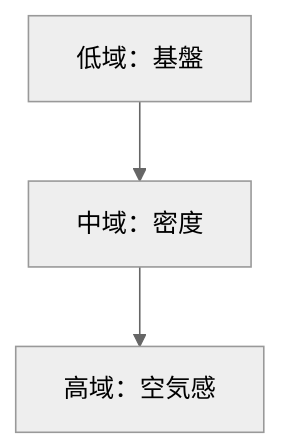
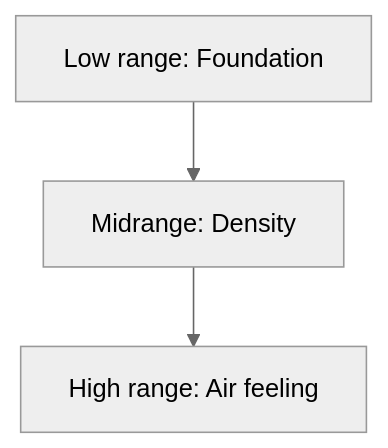
One commit to monumental-movement/monumental-movement.github.io changed the second of 4 diagrams in en/_posts/2025-12-18-column-ambient-drone-textural-drone.md. Above: the diagram before and after it, drawn with Mermaid (neutral theme). The commit also changed other lines of this file and 801 other files, not shown here.

```diff
--- a/en/_posts/2025-12-18-column-ambient-drone-textural-drone.md
+++ b/en/_posts/2025-12-18-column-ambient-drone-textural-drone.md
@@ -115,5 +115,5 @@
 <div class="mermaid">
 flowchart TB
-    L["低域：基盤"] --> M["中域：密度"]
-    M --> H["高域：空気感"]
+    L["Low range: Foundation"] --> M["Midrange: Density"]
+    M --> H["High range: Air feeling"]
 </div>
```
